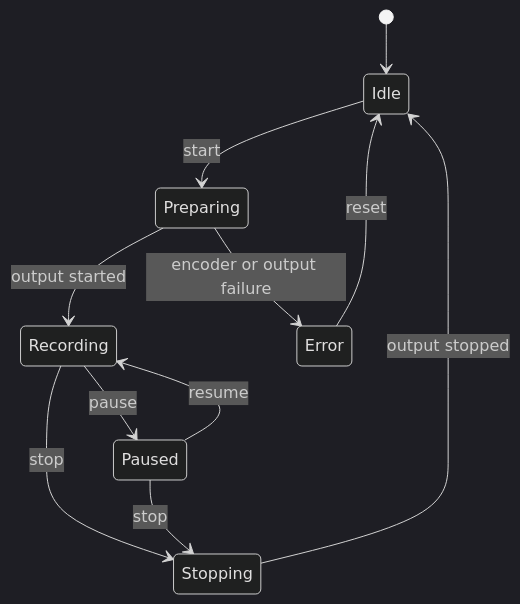
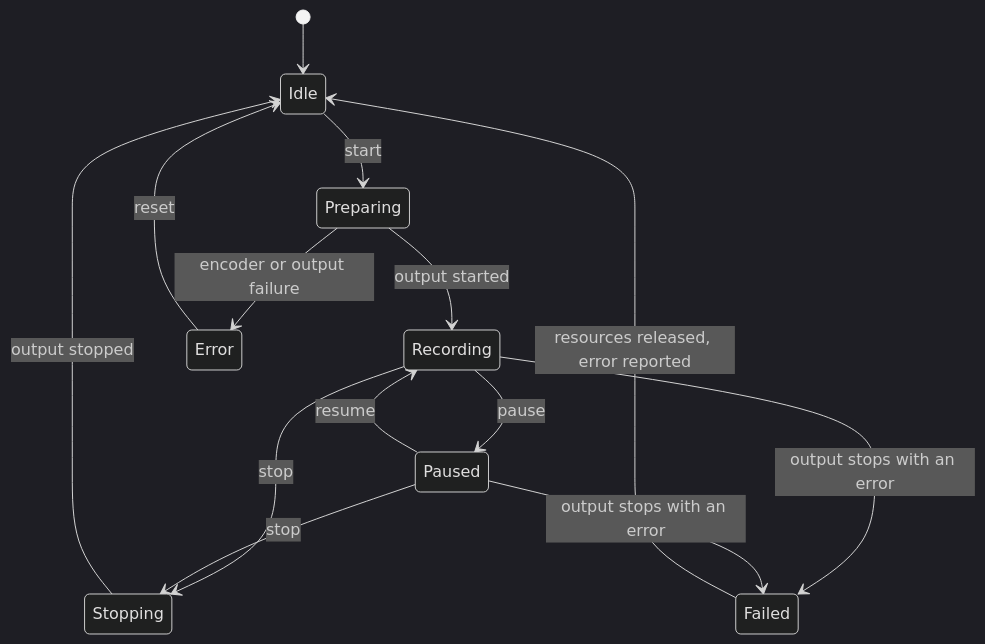
Before and after one commit to Aragami-Korosu/obs-selective-recording: the fifth of 5 diagrams in docs/ARCHITECTURE.md, drawn with Mermaid (dark theme). The commit also changed other lines of this file and 8 other files, not shown here.

````diff
--- a/docs/ARCHITECTURE.md
+++ b/docs/ARCHITECTURE.md
@@ -145,13 +164,16 @@
 ```mermaid
 stateDiagram-v2
     [*] --> Idle
     Idle --> Preparing: start
     Preparing --> Recording: output started
     Preparing --> Error: encoder or output failure
     Recording --> Paused: pause
     Paused --> Recording: resume
     Recording --> Stopping: stop
     Paused --> Stopping: stop
+    Recording --> Failed: output stops with an error
+    Paused --> Failed: output stops with an error
     Stopping --> Idle: output stopped
+    Failed --> Idle: resources released, error reported
     Error --> Idle: reset
 ```
````
